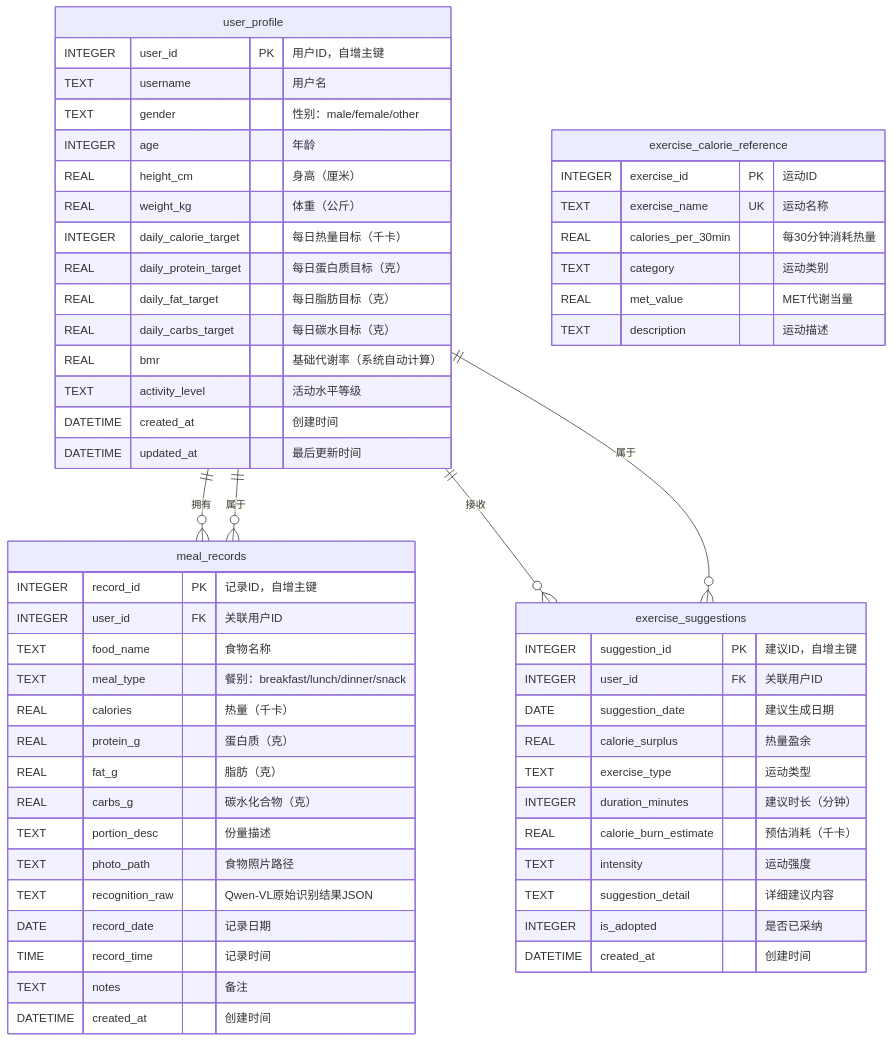
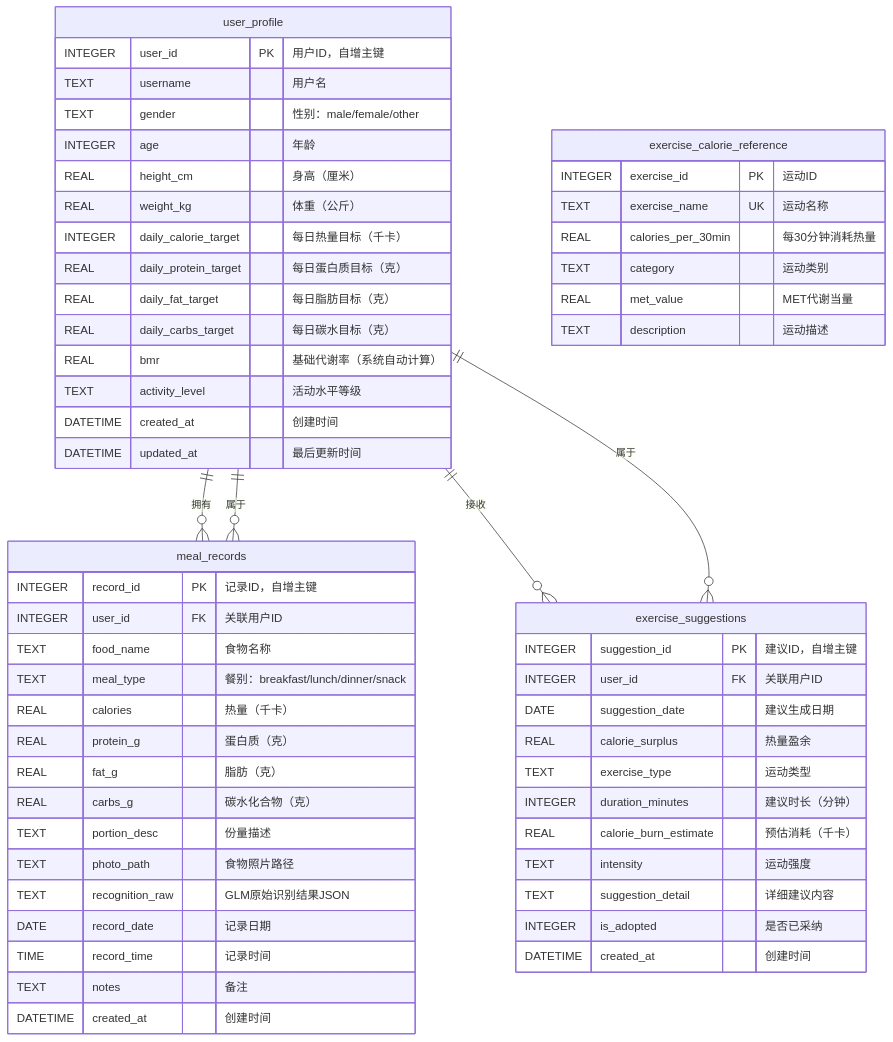
Before and after one commit to lehengzhangJacob/software_train: the first of 3 diagrams in database/README.md, drawn with Mermaid. The commit also changed other lines of this file and 51 other files, not shown here.

````diff
--- a/database/README.md
+++ b/database/README.md
@@ -23,65 +23,65 @@
 ```mermaid
 erDiagram
     user_profile {
         INTEGER user_id PK "用户ID，自增主键"
         TEXT username "用户名"
         TEXT gender "性别：male/female/other"
         INTEGER age "年龄"
         REAL height_cm "身高（厘米）"
         REAL weight_kg "体重（公斤）"
         INTEGER daily_calorie_target "每日热量目标（千卡）"
         REAL daily_protein_target "每日蛋白质目标（克）"
         REAL daily_fat_target "每日脂肪目标（克）"
         REAL daily_carbs_target "每日碳水目标（克）"
         REAL bmr "基础代谢率（系统自动计算）"
         TEXT activity_level "活动水平等级"
         DATETIME created_at "创建时间"
         DATETIME updated_at "最后更新时间"
     }
 
     meal_records {
         INTEGER record_id PK "记录ID，自增主键"
         INTEGER user_id FK "关联用户ID"
         TEXT food_name "食物名称"
         TEXT meal_type "餐别：breakfast/lunch/dinner/snack"
         REAL calories "热量（千卡）"
         REAL protein_g "蛋白质（克）"
         REAL fat_g "脂肪（克）"
         REAL carbs_g "碳水化合物（克）"
         TEXT portion_desc "份量描述"
         TEXT photo_path "食物照片路径"
-        TEXT recognition_raw "Qwen-VL原始识别结果JSON"
+        TEXT recognition_raw "GLM原始识别结果JSON"
         DATE record_date "记录日期"
         TIME record_time "记录时间"
         TEXT notes "备注"
         DATETIME created_at "创建时间"
     }
 
     exercise_suggestions {
         INTEGER suggestion_id PK "建议ID，自增主键"
         INTEGER user_id FK "关联用户ID"
         DATE suggestion_date "建议生成日期"
         REAL calorie_surplus "热量盈余"
         TEXT exercise_type "运动类型"
         INTEGER duration_minutes "建议时长（分钟）"
         REAL calorie_burn_estimate "预估消耗（千卡）"
         TEXT intensity "运动强度"
         TEXT suggestion_detail "详细建议内容"
         INTEGER is_adopted "是否已采纳"
         DATETIME created_at "创建时间"
     }
 
     exercise_calorie_reference {
         INTEGER exercise_id PK "运动ID"
         TEXT exercise_name UK "运动名称"
         REAL calories_per_30min "每30分钟消耗热量"
         TEXT category "运动类别"
         REAL met_value "MET代谢当量"
         TEXT description "运动描述"
     }
 
     user_profile ||--o{ meal_records : "拥有"
     user_profile ||--o{ exercise_suggestions : "接收"
     meal_records }o--|| user_profile : "属于"
     exercise_suggestions }o--|| user_profile : "属于"
 ```
````
